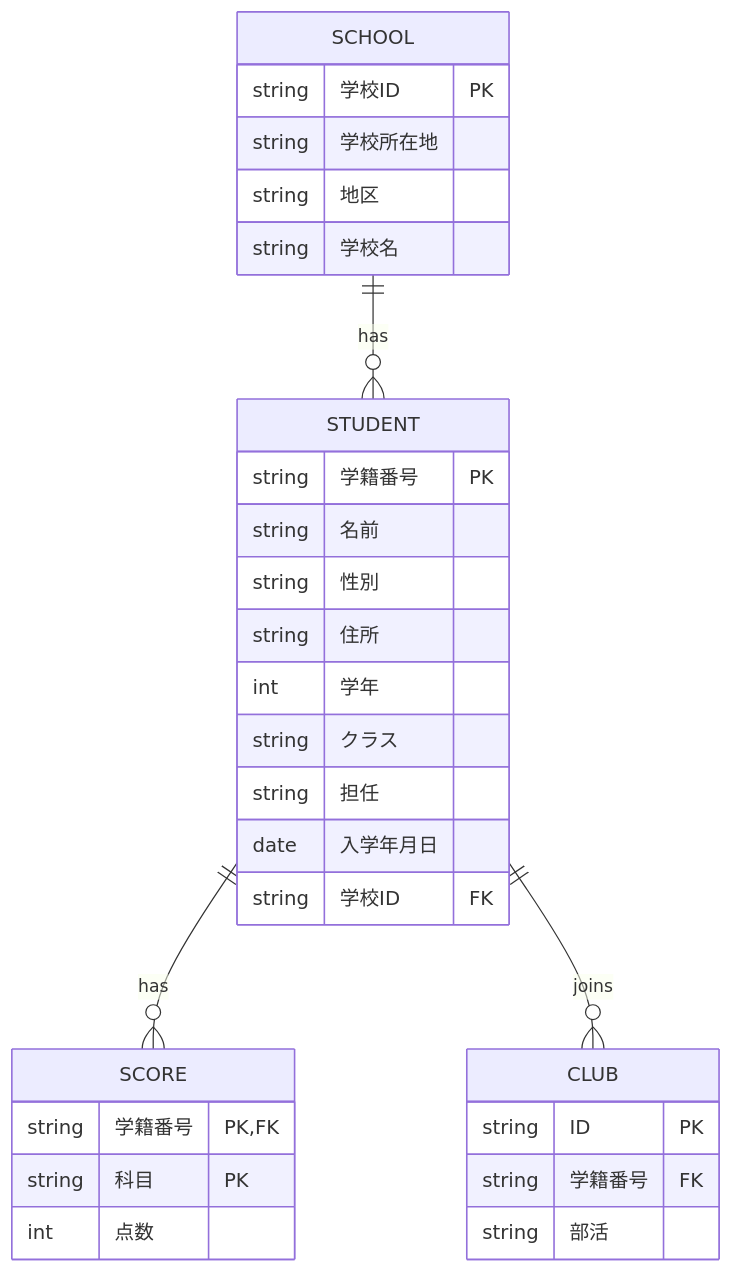
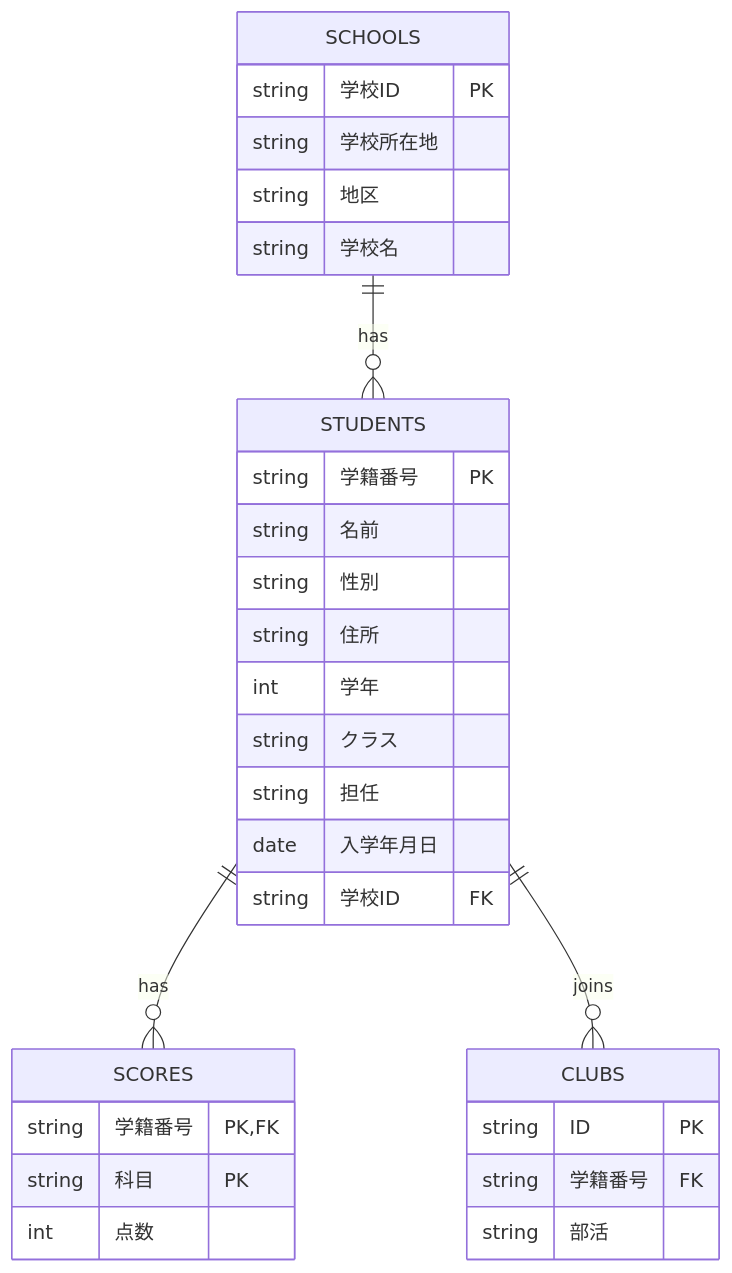
The diagram in README.md (Eiichi-Suwa/mysql-sql-analysis), drawn with Mermaid before and after one commit. The commit also changed other lines of this file and 4 other files, not shown here.

````diff
--- a/README.md
+++ b/README.md
@@ -57,34 +58,34 @@
 ```mermaid
 erDiagram
-  SCHOOL ||--o{ STUDENT : "has"
-  STUDENT ||--o{ SCORE : "has"
-  STUDENT ||--o{ CLUB : "joins"
+  SCHOOLS ||--o{ STUDENTS : "has"
+  STUDENTS ||--o{ SCORES : "has"
+  STUDENTS ||--o{ CLUBS : "joins"
 
-  SCHOOL {
+  SCHOOLS {
     string 学校ID PK
     string 学校所在地
     string 地区
     string 学校名
   }
-  STUDENT {
+  STUDENTS {
     string 学籍番号 PK
     string 名前
     string 性別
     string 住所
     int    学年
     string クラス
     string 担任
     date   入学年月日
     string 学校ID FK
   }
-  SCORE {
+  SCORES {
     string 学籍番号 PK,FK
     string 科目   PK
     int    点数
   }
-  CLUB {
+  CLUBS {
     string ID        PK
     string 学籍番号 FK
     string 部活
   }
 ```
````
